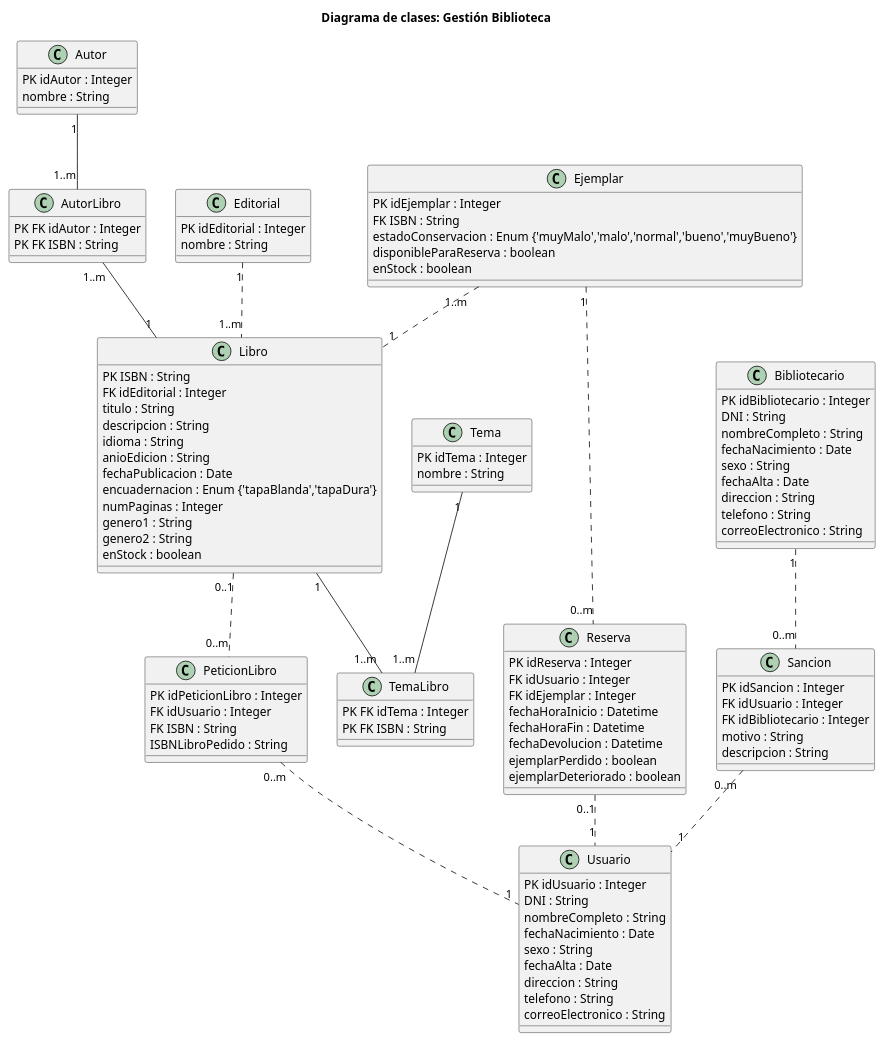
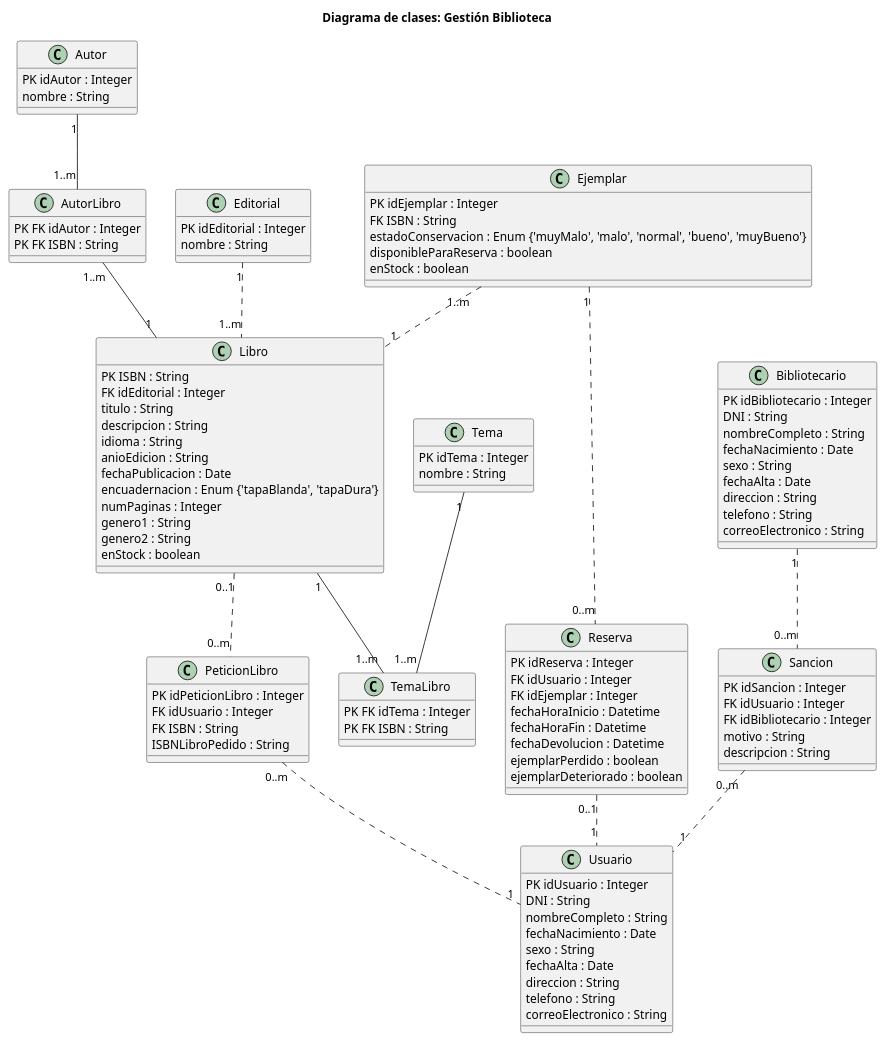
One commit to emg842/INRE-UAL-ROJO-2022 changed the diagram in extras/extras_Grupales/src/DC_gestion_biblioteca.puml. Above: the diagram before and after it, drawn with PlantUML. The commit also changed 1 other file, not shown here.

```diff
--- a/extras/extras_Grupales/src/DC_gestion_biblioteca.puml
+++ b/extras/extras_Grupales/src/DC_gestion_biblioteca.puml
@@ -1,119 +1,119 @@
 @startuml gestion_biblioteca
 
 title Diagrama de clases: Gestión Biblioteca
 
 Class Autor {
     PK idAutor : Integer
     nombre : String
 }
 
 
 Class AutorLibro {
     PK FK idAutor : Integer
     PK FK ISBN : String
 }
 
 
 Class Bibliotecario {
     PK idBibliotecario : Integer
     DNI : String
     nombreCompleto : String
     fechaNacimiento : Date
     sexo : String
     fechaAlta : Date
     direccion : String
     telefono : String
     correoElectronico : String
 }
 
 Class Editorial {
     PK idEditorial : Integer
     nombre : String
 }
 
 Class Ejemplar {
     PK idEjemplar : Integer
     FK ISBN : String
-    estadoConservacion : Enum {'muyMalo','malo','normal','bueno','muyBueno'}
+    estadoConservacion : Enum {'muyMalo', 'malo', 'normal', 'bueno', 'muyBueno'}
     disponibleParaReserva : boolean
     enStock : boolean
 }
 
 Class Libro {
     PK ISBN : String
     FK idEditorial : Integer
     titulo : String
     descripcion : String
     idioma : String
     anioEdicion : String
     fechaPublicacion : Date
-    encuadernacion : Enum {'tapaBlanda','tapaDura'} 
+    encuadernacion : Enum {'tapaBlanda', 'tapaDura'}
     numPaginas : Integer
     genero1 : String
     genero2 : String
     enStock : boolean     
 }
 
 Class PeticionLibro {
     PK idPeticionLibro : Integer
     FK idUsuario : Integer
     FK ISBN : String
     ISBNLibroPedido : String
     
 }
 
 Class Reserva {
     PK idReserva : Integer
     FK idUsuario : Integer
     FK idEjemplar : Integer
     fechaHoraInicio : Datetime
     fechaHoraFin : Datetime
     fechaDevolucion : Datetime
     ejemplarPerdido : boolean
     ejemplarDeteriorado : boolean  
 }
 
 Class Sancion {
     PK idSancion : Integer
     FK idUsuario : Integer
     FK idBibliotecario : Integer
     motivo : String
     descripcion : String
 }
 
 Class Tema {
     PK idTema : Integer
     nombre : String
 }
 
 Class TemaLibro {
     PK FK idTema : Integer
     PK FK ISBN : String
 }
 
 Class Usuario {
     PK idUsuario : Integer
     DNI : String
     nombreCompleto : String
     fechaNacimiento : Date
     sexo : String
     fechaAlta : Date
     direccion : String
     telefono : String
     correoElectronico : String
 }
 
 Autor "1" -- "1..m" AutorLibro
 AutorLibro "1..m" -- "1" Libro
 Bibliotecario "1" .. "0..m" Sancion
 Editorial "1" .. "1..m" Libro
 Ejemplar "1..m" .. "1" Libro
 Ejemplar "1" .. "0..m" Reserva
 Libro "0..1" .. "0..m" PeticionLibro
 Libro "1" -- "1..m" TemaLibro
 PeticionLibro "0..m" .. "1" Usuario
 Reserva "0..1" .. "1" Usuario
 Sancion "0..m" .. "1" Usuario
 Tema "1" -- "1..m" TemaLibro
 
 @enduml
```
